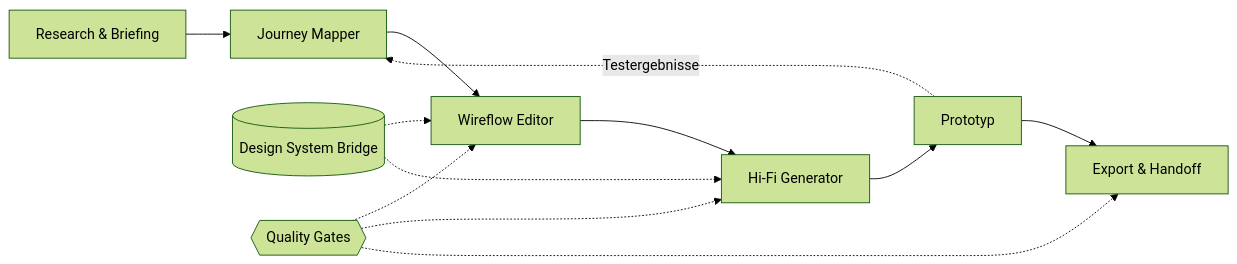
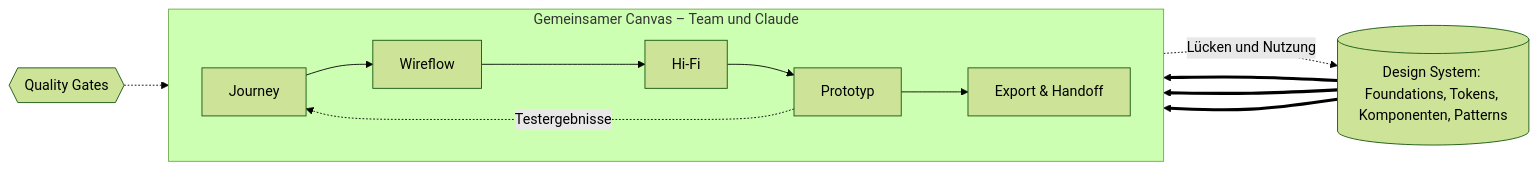
One commit to Arcade1080/awesome-uxe changed the first of 5 diagrams in concepts/wireflow-studio/README.md. Above: the diagram before and after it, drawn with Mermaid (forest theme). The commit also changed other lines of this file and 1 other file, not shown here.

First line of the commit message:
Konzept: Design System als Kern, gemeinsamer Team-Canvas

````diff
--- a/concepts/wireflow-studio/README.md
+++ b/concepts/wireflow-studio/README.md
@@ -114,14 +120,14 @@
 ```mermaid
 flowchart LR
-  R["Research & Briefing"] --> J["Journey Mapper"]
-  J --> W["Wireflow Editor"]
-  W --> H["Hi-Fi Generator"]
-  H --> P["Prototyp"]
-  P --> X["Export & Handoff"]
-  DS[("Design System Bridge")] -.-> W
-  DS -.-> H
-  Q{{"Quality Gates"}} -.-> W
-  Q -.-> H
-  Q -.-> X
+  subgraph C["Gemeinsamer Canvas – Team und Claude"]
+    direction LR
+    J["Journey"] --> W["Wireflow"] --> H["Hi-Fi"] --> P["Prototyp"] --> X["Export & Handoff"]
+  end
+  DS[("Design System: Foundations, Tokens, Komponenten, Patterns")]
+  DS ==> W
+  DS ==> H
+  DS ==> P
+  H -. "Lücken und Nutzung" .-> DS
   P -. "Testergebnisse" .-> J
+  Q{{"Quality Gates"}} -.-> H
 ```
````
